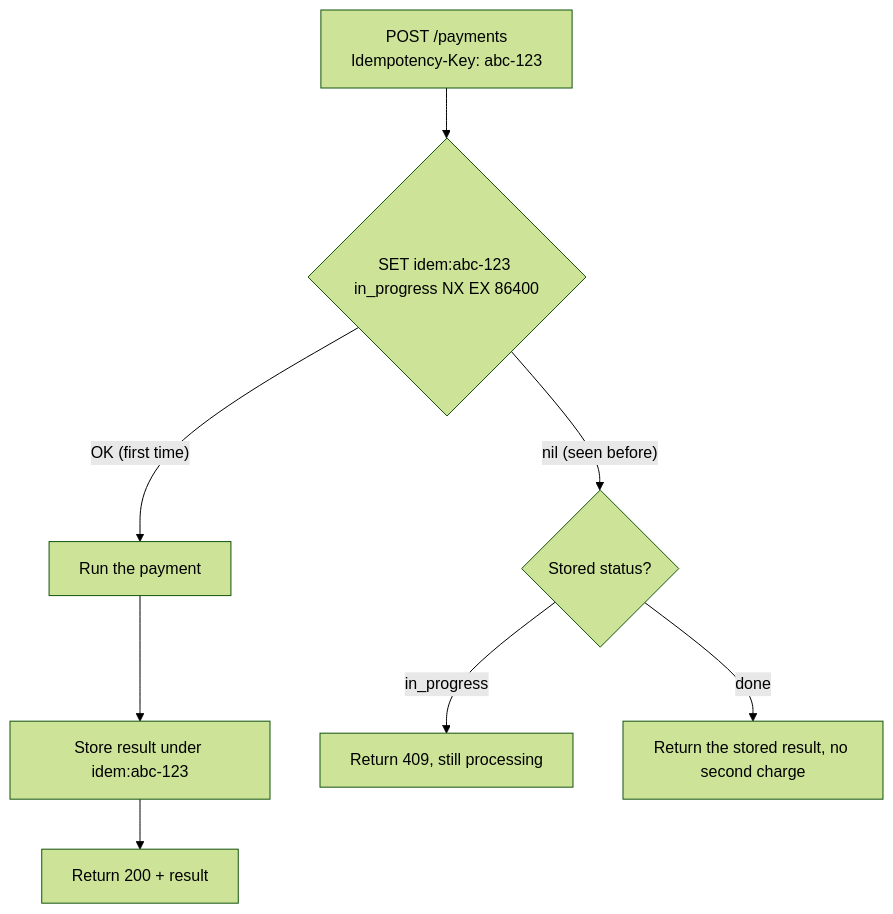
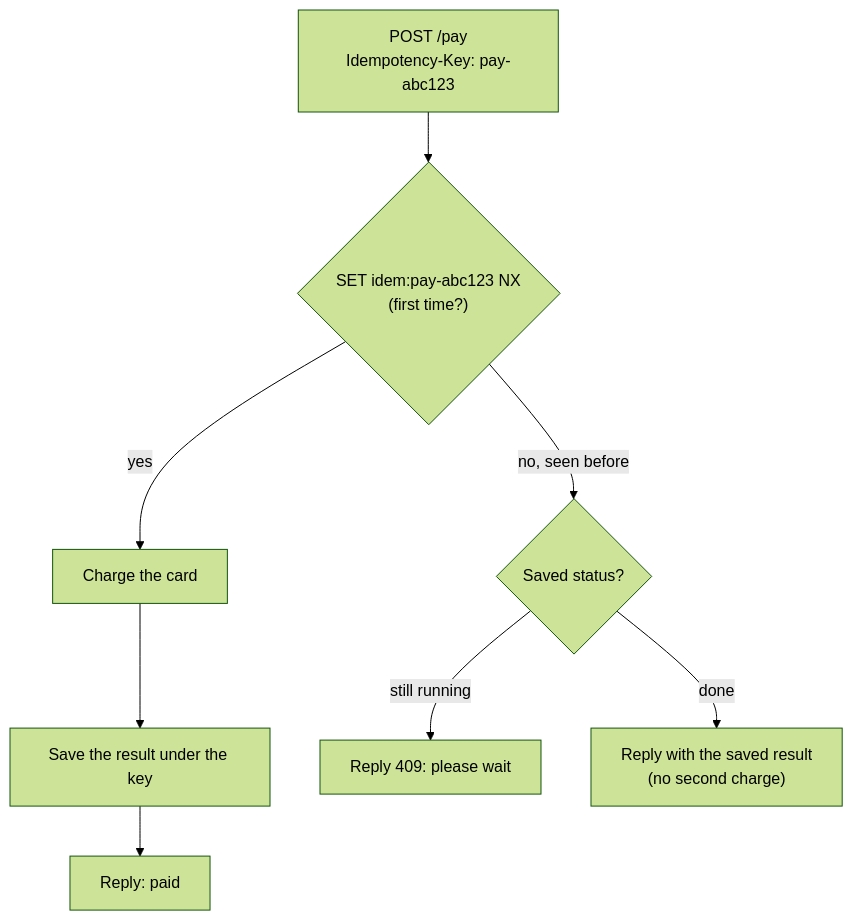
The ninth of 30 diagrams in redis.md (selvakumarperumal/Regulatory_Circular_Impact_Agent), drawn with Mermaid (forest theme) before and after one commit. The commit also changed other lines of this file, not shown here.

````diff
--- a/redis.md
+++ b/redis.md
@@ -704,10 +970,10 @@
 ```mermaid
 flowchart TD
-    A["POST /payments<br/>Idempotency-Key: abc-123"] --> B{"SET idem:abc-123 in_progress NX EX 86400"}
-    B -- "OK (first time)" --> C["Run the payment"]
-    C --> D["Store result under idem:abc-123"]
-    D --> E["Return 200 + result"]
-    B -- "nil (seen before)" --> F{"Stored status?"}
-    F -- "in_progress" --> G["Return 409, still processing"]
-    F -- "done" --> H["Return the stored result, no second charge"]
+    A["POST /pay<br/>Idempotency-Key: pay-abc123"] --> B{"SET idem:pay-abc123 NX<br/>(first time?)"}
+    B -- "yes" --> C["Charge the card"]
+    C --> D["Save the result under the key"]
+    D --> E["Reply: paid"]
+    B -- "no, seen before" --> F{"Saved status?"}
+    F -- "still running" --> G["Reply 409: please wait"]
+    F -- "done" --> H["Reply with the saved result<br/>(no second charge)"]
 ```
````
